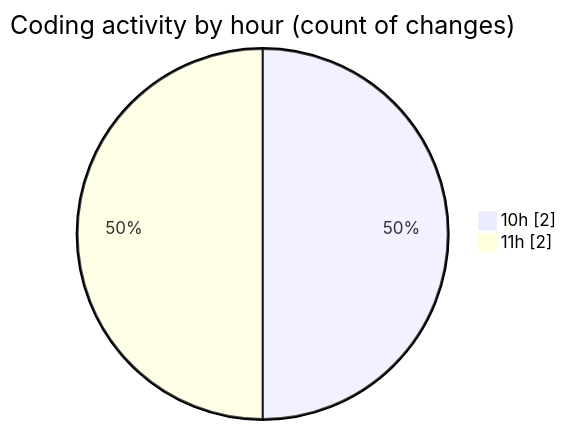
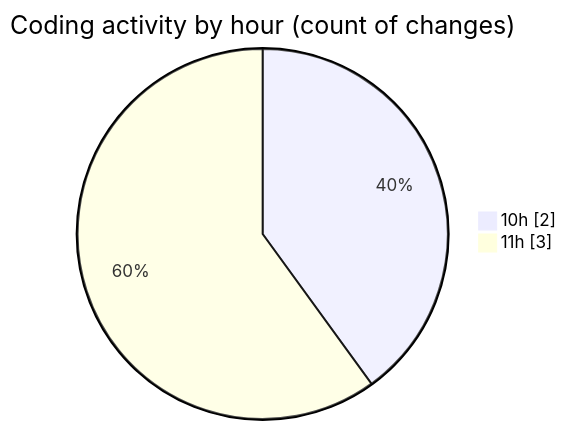
Before and after one commit to momahboobian/code-tracking: the second of 2 diagrams in 2026-11-11/cda/README.md, drawn with Mermaid. The commit also changed other lines of this file and 1 other file, not shown here.

````diff
--- a/2026-11-11/cda/README.md
+++ b/2026-11-11/cda/README.md
@@ -29,6 +30,6 @@
 ```mermaid
 pie showData
 title Coding activity by hour (count of changes)
 "10h" : 2
-"11h" : 2
+"11h" : 3
 ```
````
